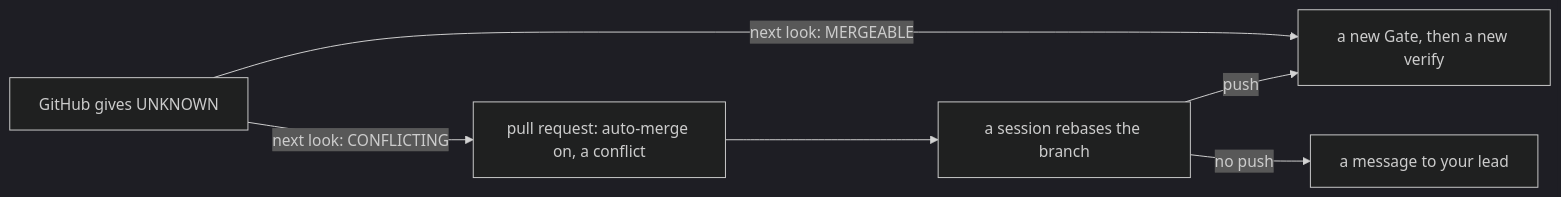
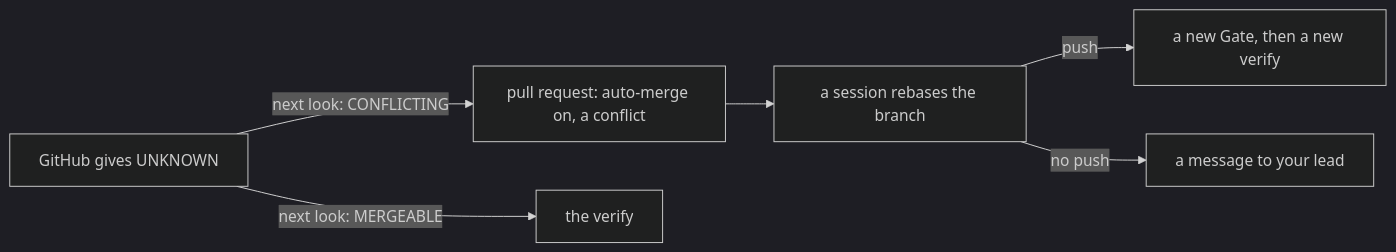
Diagram 18 of 48 in docs/src/development.md (como-technologies/riff), drawn with Mermaid (dark theme) before and after one commit.

Commit message:
The diagram of Run the wave sends an UNKNOWN that turns MERGEABLE to the verify (#1499)
Closes #1483

The diagram in "Run the wave" in `docs/src/development.md` sent an
`UNKNOWN` that turns `MERGEABLE` to the node "a new Gate, then a new
verify". The pull request there has passed its Gate already: only the
verify follows. The edge now points at a node "the verify". `just check`
passes, and the book builds.

Issue: #1483
Milestone: Wave 44

````diff
--- a/docs/src/development.md
+++ b/docs/src/development.md
@@ -1579,8 +1579,8 @@
 ```mermaid
 flowchart LR
     C["pull request: auto-merge on, a conflict"] --> R["a session rebases the branch"]
     R -- "push" --> V["a new Gate, then a new verify"]
     R -- "no push" --> L["a message to your lead"]
-    U["GitHub gives UNKNOWN"] -- "next look: MERGEABLE" --> V
+    U["GitHub gives UNKNOWN"] -- "next look: MERGEABLE" --> W["the verify"]
     U -- "next look: CONFLICTING" --> C
 ```
````
